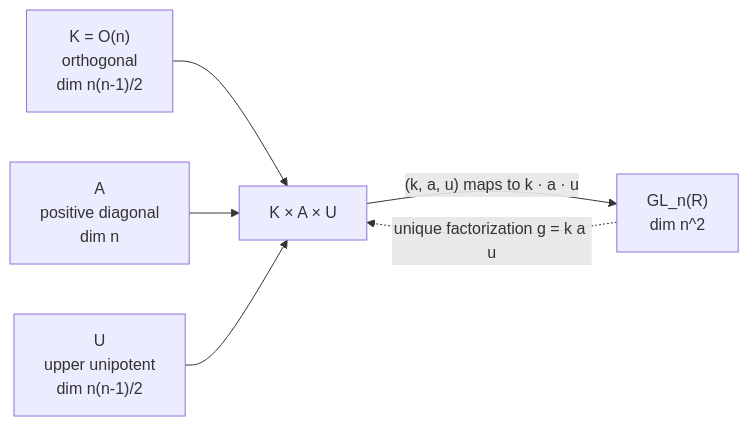
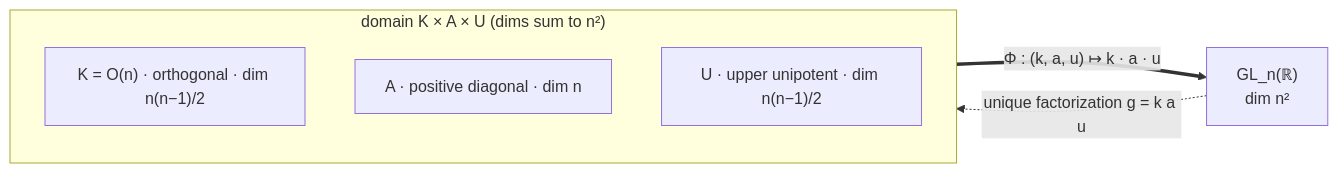
The first of 6 diagrams in README.md (CuteSurtr/iwasawa-change-of-coordinates), drawn with Mermaid before and after one commit.

Commit message:
redraw opening README diagram to group factors as the product domain

````diff
--- a/README.md
+++ b/README.md
@@ -30,13 +30,12 @@
 ```mermaid
 flowchart LR
-    K["K = O(n)<br/>orthogonal<br/>dim n(n-1)/2"]
-    A["A<br/>positive diagonal<br/>dim n"]
-    U["U<br/>upper unipotent<br/>dim n(n-1)/2"]
-    P["K × A × U"]
-    G["GL_n(R)<br/>dim n^2"]
-    K --> P
-    A --> P
-    U --> P
-    P -->|"(k, a, u) maps to k · a · u"| G
+    subgraph P["domain  K × A × U  (dims sum to n²)"]
+        direction TB
+        K["K = O(n) · orthogonal · dim n(n−1)/2"]
+        A["A · positive diagonal · dim n"]
+        U["U · upper unipotent · dim n(n−1)/2"]
+    end
+    G["GL_n(ℝ)<br/>dim n²"]
+    P ==>|"Φ : (k, a, u) ↦ k · a · u"| G
     G -.->|"unique factorization g = k a u"| P
 ```
````
